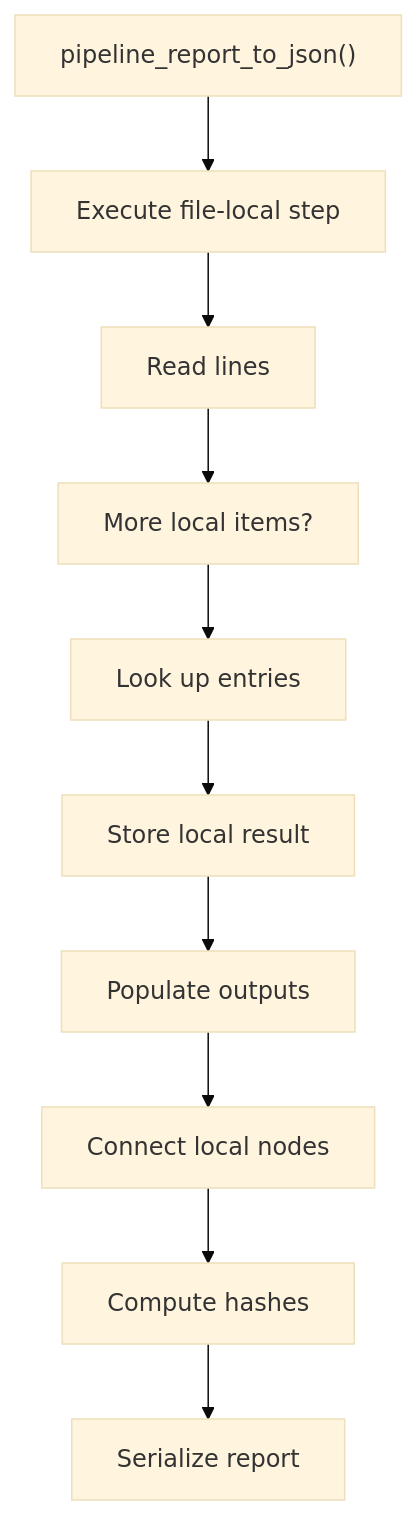
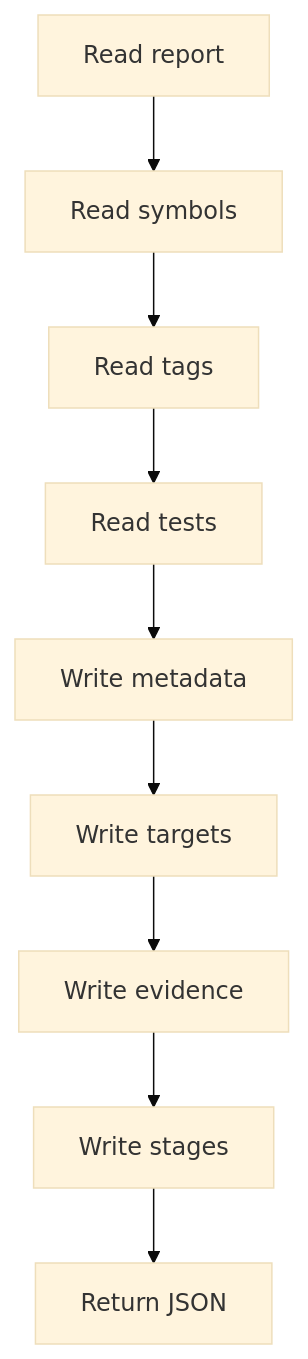
Before and after one commit to JohnAndrewBalbarosa/NeoTerritory: the first of 3 diagrams in docs/Codebase/Microservice/Modules/Source/OutputGeneration/Report/pipeline_report_to_json.cpp.md, drawn with Mermaid (base theme). The commit also changed other lines of this file and 25 other files, not shown here.

First line of the commit message:
Update docs for live class-analysis flow

````diff
--- a/docs/Codebase/Microservice/Modules/Source/OutputGeneration/Report/pipeline_report_to_json.cpp.md
+++ b/docs/Codebase/Microservice/Modules/Source/OutputGeneration/Report/pipeline_report_to_json.cpp.md
@@ -32,22 +21,20 @@
 ```mermaid
 flowchart TD
-    N0["pipeline_report_to_json()"]
-    N1["Execute file-local step"]
-    N2["Read lines"]
-    N3["More local items?"]
-    N4["Look up entries"]
-    N5["Store local result"]
-    N6["Populate outputs"]
-    N7["Connect local nodes"]
-    N8["Compute hashes"]
-    N9["Serialize report"]
+    Start["Read report"]
+    N0["Read symbols"]
+    N1["Read tags"]
+    N2["Read tests"]
+    N3["Write metadata"]
+    N4["Write targets"]
+    N5["Write evidence"]
+    N6["Write stages"]
+    End["Return JSON"]
+    Start --> N0
     N0 --> N1
     N1 --> N2
     N2 --> N3
     N3 --> N4
     N4 --> N5
     N5 --> N6
-    N6 --> N7
-    N7 --> N8
-    N8 --> N9
+    N6 --> End
 ```
````
